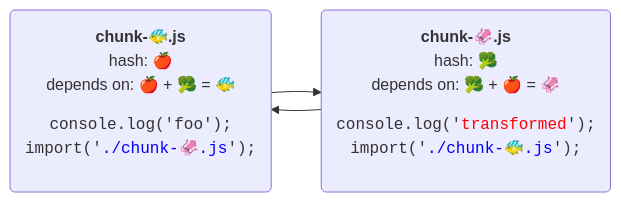
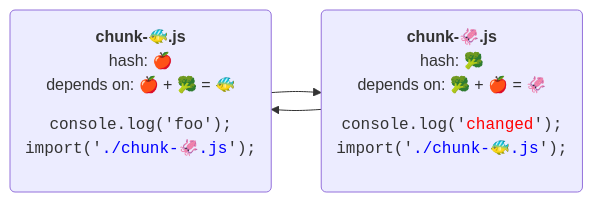
One commit to lukastaegert/viteconf24-rollup changed the seventh of 13 diagrams in slides.md. Above: the diagram before and after it, drawn with Mermaid. The commit also changed other lines of this file and 12 other files, not shown here.

````diff
--- a/slides.md
+++ b/slides.md
@@ -296,17 +313,17 @@
 ```mermaid
 %%{
   init: {
     "themeCSS": ".node rect { fill: #fdb; stroke: #000; } .nodeLabel { color: #000; } .node div { text-align: left; line-height: 1.2; padding: 8px; } pre { margin: 16px 0 0 0; }"
   }
 }%%
 flowchart LR
 
 A("<b>chunk-🐠.js</b><br>hash: 🍎<br>depends on: 🍎 + 🥦 = 🐠<pre>
 console.log('foo');
 import('<span style=color:blue>./chunk-🦑.js</span>');</pre>")
 B("<b>chunk-🦑.js</b><br>hash: 🥦<br>depends on: 🥦 + 🍎 = 🦑<pre>
-console.log('<span style=color:red>transformed</span>');
+console.log('<span style=color:red>changed</span>');
 import('<span style=color:blue>./chunk-🐠.js</span>');</pre>")
 A --> B
 B --> A
 ```
````
